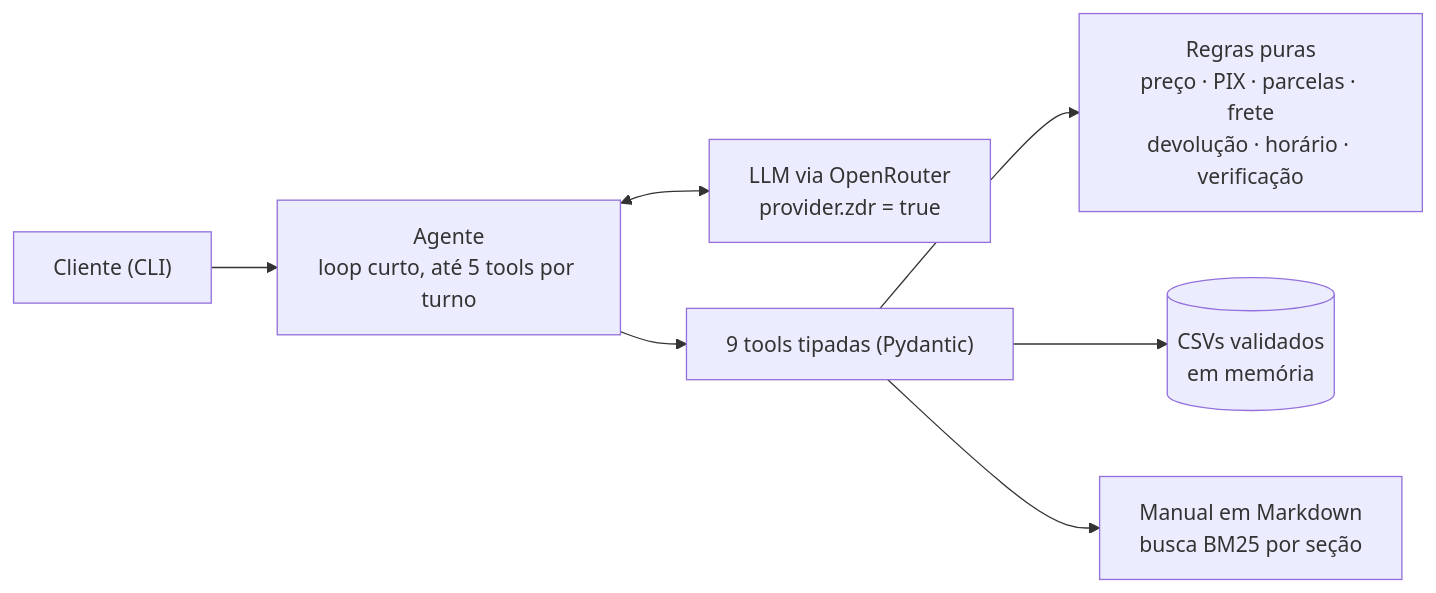
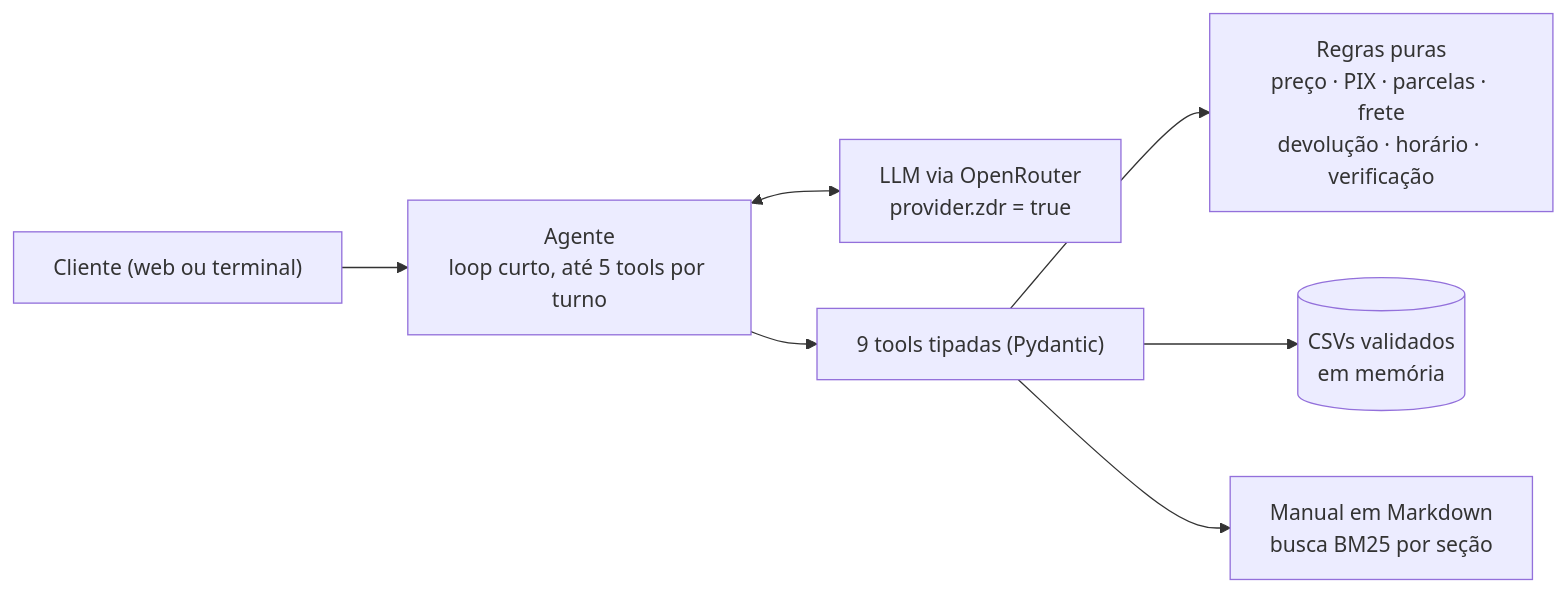
The diagram in README.md (AlbertoMilet/artefact), drawn with Mermaid before and after one commit. The commit also changed other lines of this file and 19 other files, not shown here.

````diff
--- a/README.md
+++ b/README.md
@@ -89,9 +93,9 @@
 ```mermaid
 flowchart LR
-    C["Cliente (CLI)"] --> A["Agente<br/>loop curto, até 5 tools por turno"]
+    C["Cliente (web ou terminal)"] --> A["Agente<br/>loop curto, até 5 tools por turno"]
     A <--> L["LLM via OpenRouter<br/>provider.zdr = true"]
     A --> T["9 tools tipadas (Pydantic)"]
     T --> R["Regras puras<br/>preço · PIX · parcelas · frete<br/>devolução · horário · verificação"]
     T --> D[("CSVs validados<br/>em memória")]
     T --> M["Manual em Markdown<br/>busca BM25 por seção"]
 ```
````
